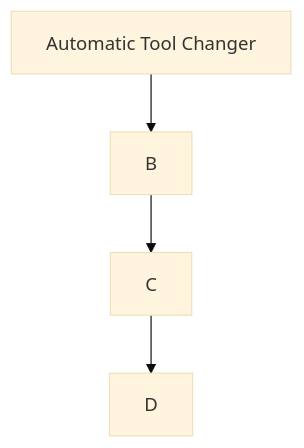
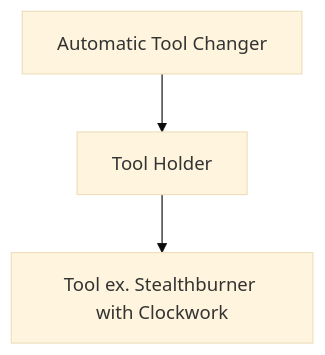
The second of 3 diagrams in Automatic Tool Changer/README.md (ben5459/HybridManufacturingPlatform), drawn with Mermaid (base theme) before and after one commit.

````diff
--- a/Automatic Tool Changer/README.md
+++ b/Automatic Tool Changer/README.md
@@ -67,6 +67,5 @@
 ```mermaid
 graph TD;
-    1[Automatic Tool Changer]-->B;
-    B-->C;
-    C-->D;
+    1[Automatic Tool Changer]-->2[Tool Holder];
+    2[Tool Holder]-->3[Tool ex. Stealthburner with Clockwork];
 ```
````
